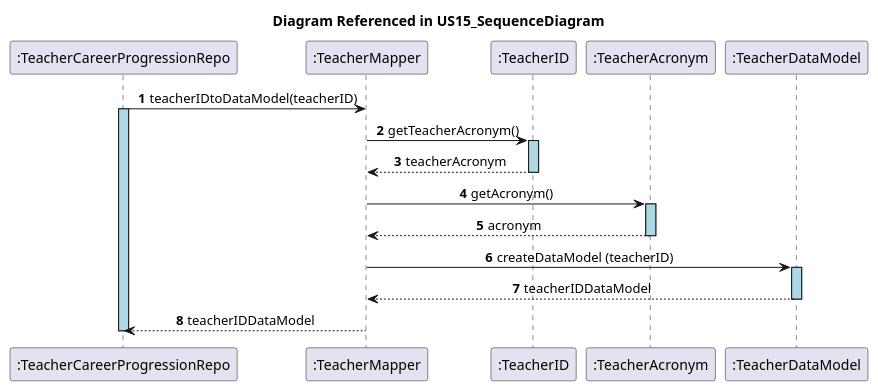
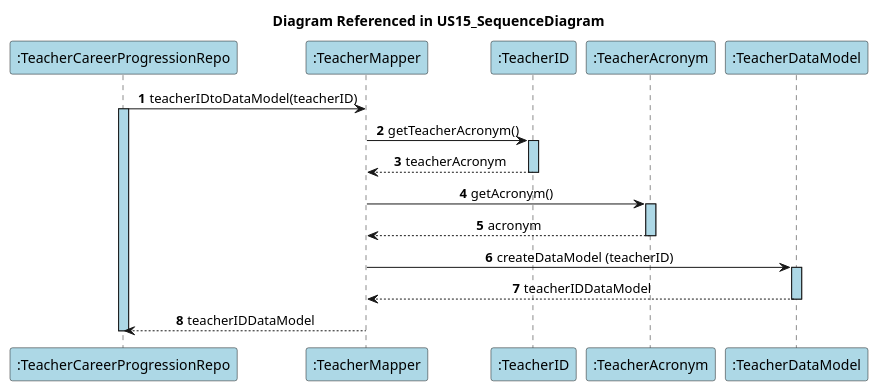
The diagram in docs/US15/UpdateTeacherWorkingPercentage_SpringData/SequenceDiagramRef_TeacherIDDataModel2.puml (GasparISEP/DevOps-PAI), drawn with PlantUML before and after one commit. The commit also changed 5 other files, not shown here.

Commit message:
Update the sequence diagrams for the TeacherCareerProgression aggregate. Refs #268

```diff
--- a/docs/US15/UpdateTeacherWorkingPercentage_SpringData/SequenceDiagramRef_TeacherIDDataModel2.puml
+++ b/docs/US15/UpdateTeacherWorkingPercentage_SpringData/SequenceDiagramRef_TeacherIDDataModel2.puml
@@ -1,31 +1,31 @@
 @startuml
 autonumber
 skinparam sequenceMessageAlign center
 skinparam sequenceLifeLineBackgroundColor lightblue
 title Diagram Referenced in US15_SequenceDiagram
 
-participant ":TeacherCareerProgressionRepo" as TCPRepo
-participant ":TeacherMapper" as TMapper
-participant ":TeacherID" as TID
-participant ":TeacherAcronym" as TAVO
-participant ":TeacherDataModel" as TDM
+participant ":TeacherCareerProgressionRepo" as TCPRepo #lightblue
+participant ":TeacherMapper" as TMapper #lightblue
+participant ":TeacherID" as TID #lightblue
+participant ":TeacherAcronym" as TAVO #lightblue
+participant ":TeacherDataModel" as TDM #lightblue
 
 TCPRepo -> TMapper : teacherIDtoDataModel(teacherID)
 activate TCPRepo
 TMapper -> TID : getTeacherAcronym()
 activate TID
 TID --> TMapper : teacherAcronym
 deactivate TID
 TMapper -> TAVO : getAcronym()
 activate TAVO
 TAVO --> TMapper :acronym
 deactivate TAVO
 TMapper ->TDM : createDataModel (teacherID)
 activate TDM
 
 
 TDM --> TMapper : teacherIDDataModel
 deactivate TDM
 TMapper --> TCPRepo :teacherIDDataModel
 deactivate TCPRepo
 @enduml
```
